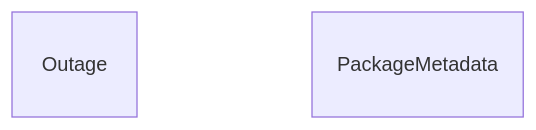
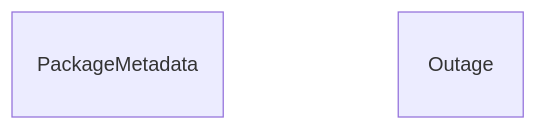
One commit to RIVM-bioinformatics/gen-epix-api changed the diagram in docs/erm/commondb.system.md. Above: the diagram before and after it, drawn with Mermaid. The commit also changed other lines of this file and 161 other files, not shown here.

````diff
--- a/docs/erm/commondb.system.md
+++ b/docs/erm/commondb.system.md
@@ -5,11 +5,11 @@
 ```mermaid
 erDiagram
     %% commondb / SYSTEM (simplified)
 
+    PackageMetadata {
+    }
+
     Outage {
     }
 
-    PackageMetadata {
-    }
-
 ```
````
